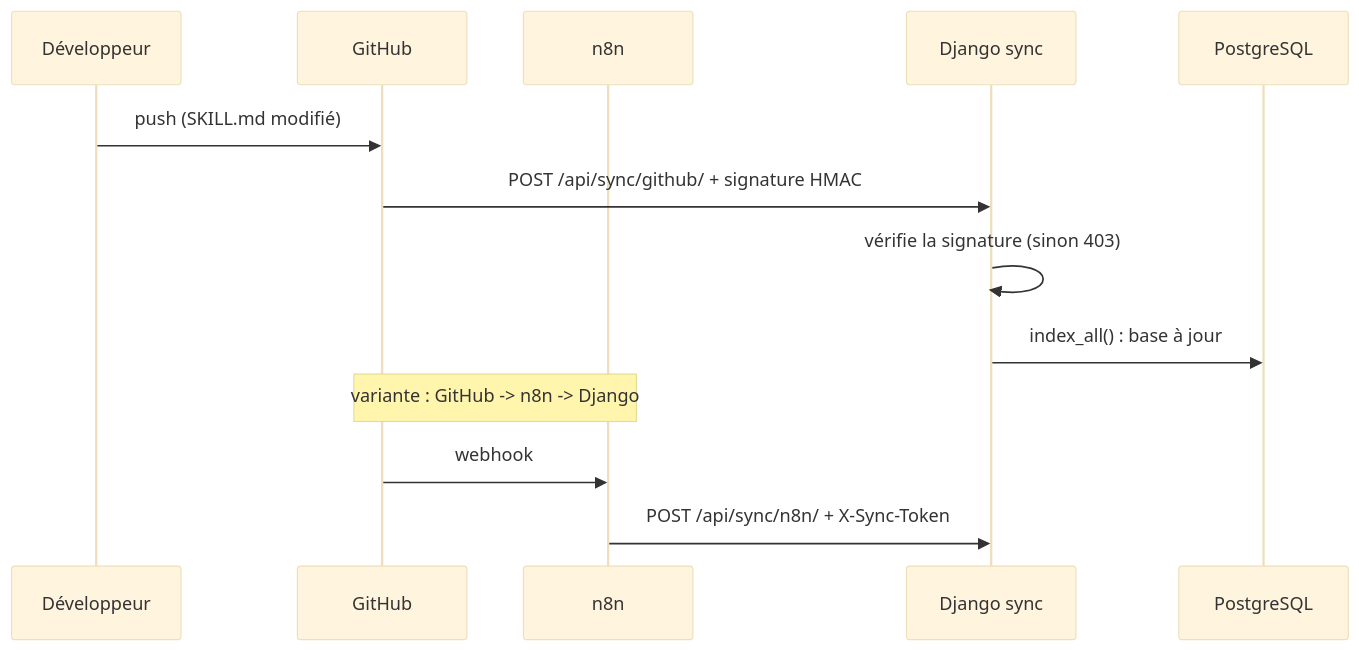
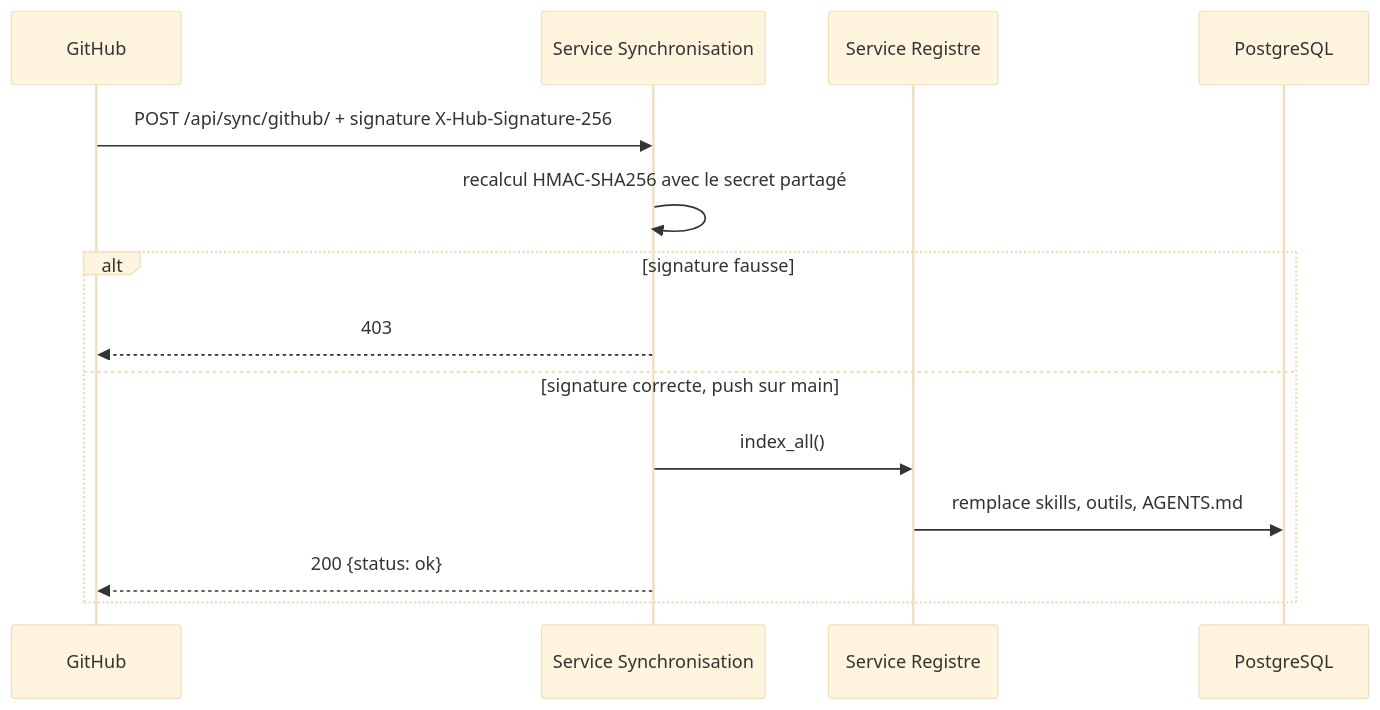
One commit to lajiliali2077-bit/SOA1-AGENTS changed the third of 3 diagrams in docs/ARCHITECTURE.md. Above: the diagram before and after it, drawn with Mermaid (base theme). The commit also changed other lines of this file and 130 other files, not shown here.

````diff
--- a/docs/ARCHITECTURE.md
+++ b/docs/ARCHITECTURE.md
@@ -101,15 +91,16 @@
 ```mermaid
 sequenceDiagram
-    participant D as Développeur
     participant GH as GitHub
-    participant N as n8n
-    participant S as Django sync
+    participant S as Service Synchronisation
+    participant R as Service Registre
     participant DB as PostgreSQL
-    D->>GH: push (SKILL.md modifié)
-    GH->>S: POST /api/sync/github/ + signature HMAC
-    S->>S: vérifie la signature (sinon 403)
-    S->>DB: index_all() : base à jour
-    Note over GH,N: variante : GitHub -> n8n -> Django
-    GH->>N: webhook
-    N->>S: POST /api/sync/n8n/ + X-Sync-Token
+    GH->>S: POST /api/sync/github/ + signature X-Hub-Signature-256
+    S->>S: recalcul HMAC-SHA256 avec le secret partagé
+    alt signature fausse
+        S-->>GH: 403
+    else signature correcte, push sur main
+        S->>R: index_all()
+        R->>DB: remplace skills, outils, AGENTS.md
+        S-->>GH: 200 {status: ok}
+    end
 ```
````
